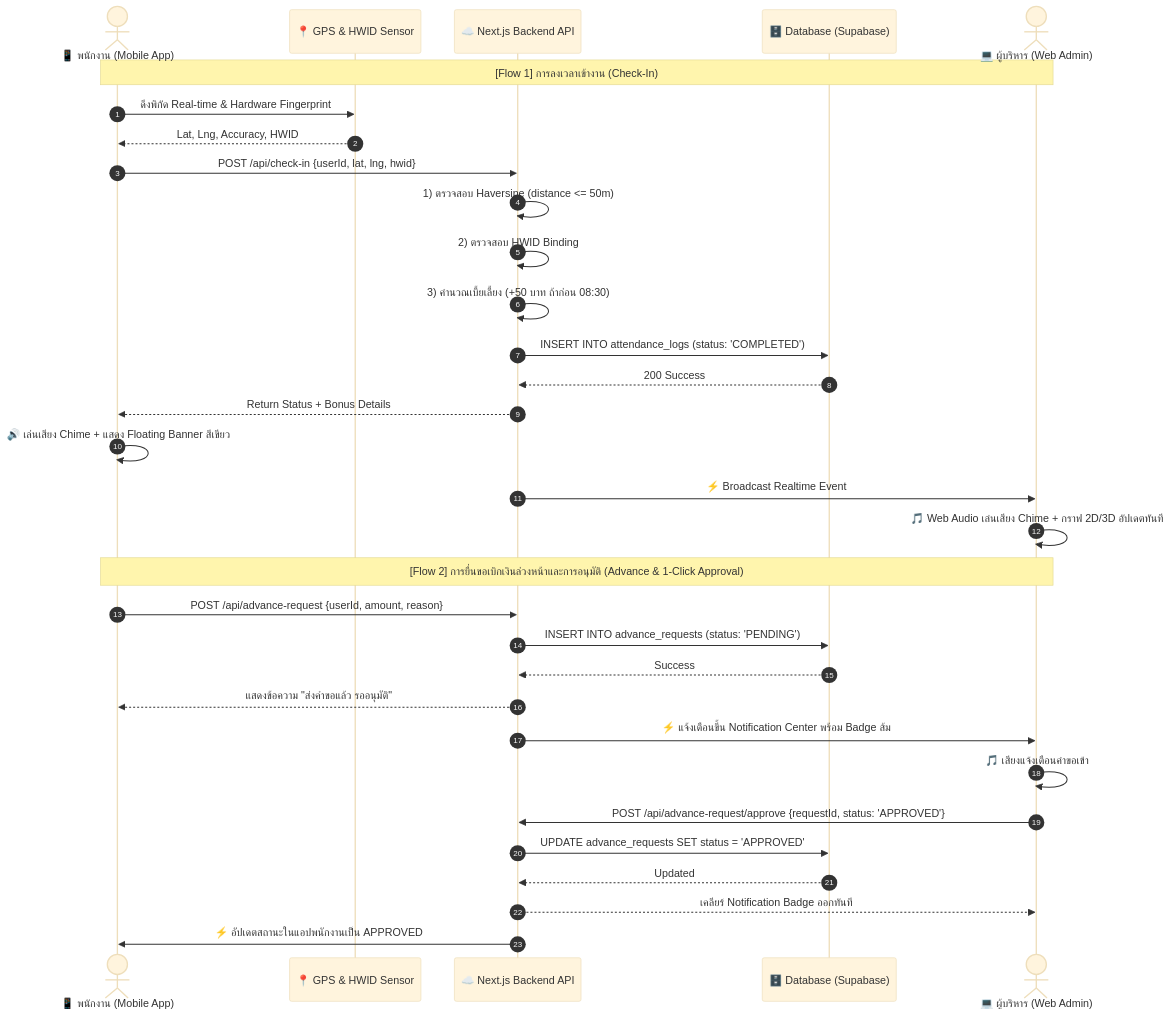
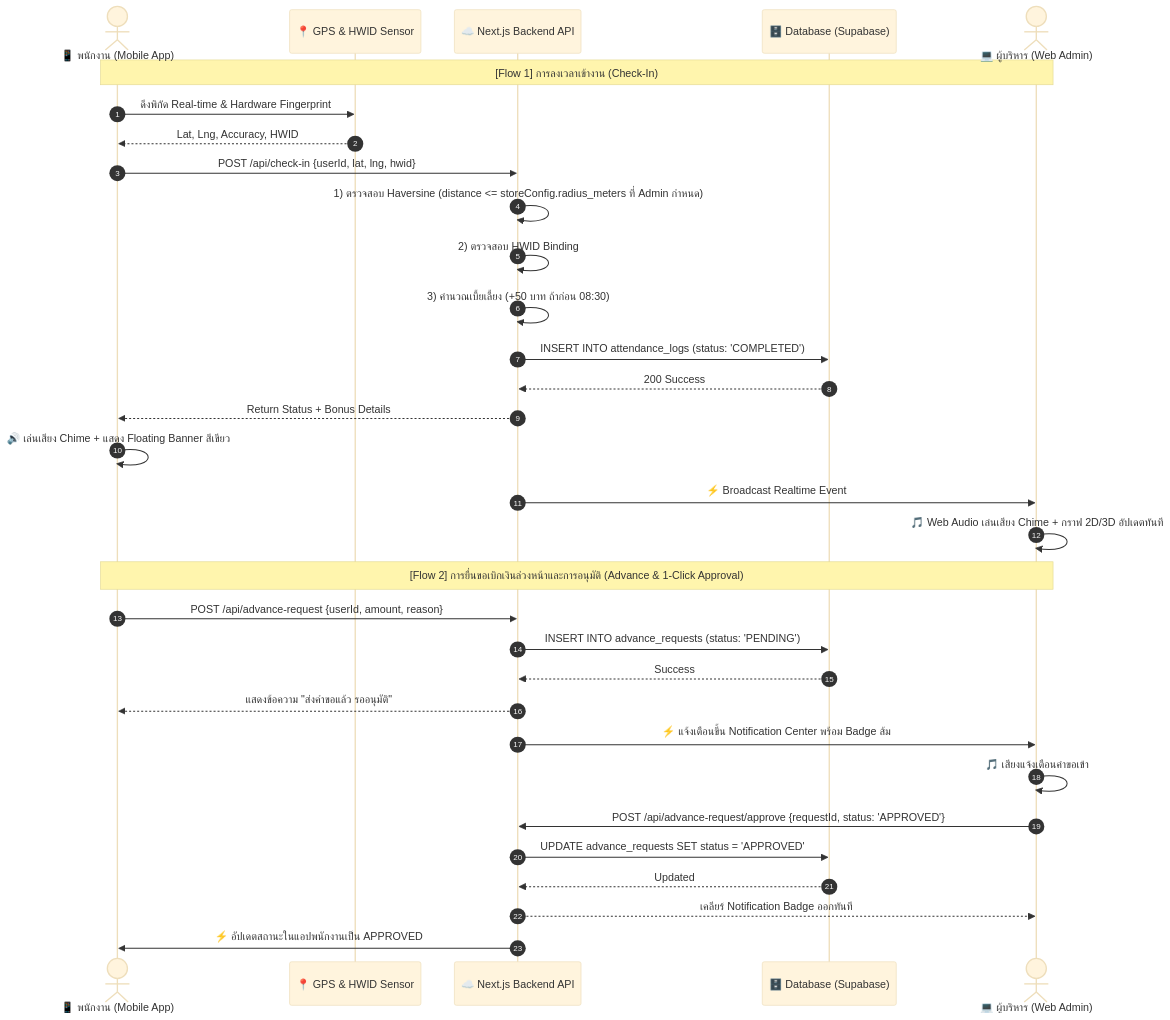
The first of 2 diagrams in SENIOR_DEV_SPEC.md (Lskram/CheckEmpolye), drawn with Mermaid (base theme) before and after one commit. The commit also changed other lines of this file and 2 other files, not shown here.

Commit message:
docs: clarify that employee geofence radius is dynamic based on admin store settings

````diff
--- a/SENIOR_DEV_SPEC.md
+++ b/SENIOR_DEV_SPEC.md
@@ -117,38 +118,38 @@
 ```mermaid
 sequenceDiagram
     autonumber
     actor Staff as 📱 พนักงาน (Mobile App)
     participant GPS as 📍 GPS & HWID Sensor
     participant API as ☁️ Next.js Backend API
     participant DB as 🗄️ Database (Supabase)
     actor Admin as 💻 ผู้บริหาร (Web Admin)
 
     %% Flow 1: Check-in
     Note over Staff, Admin: [Flow 1] การลงเวลาเข้างาน (Check-In)
     Staff->>GPS: ดึงพิกัด Real-time & Hardware Fingerprint
     GPS-->>Staff: Lat, Lng, Accuracy, HWID
     Staff->>API: POST /api/check-in {userId, lat, lng, hwid}
-    API->>API: 1) ตรวจสอบ Haversine (distance <= 50m)
+    API->>API: 1) ตรวจสอบ Haversine (distance <= storeConfig.radius_meters ที่ Admin กำหนด)
     API->>API: 2) ตรวจสอบ HWID Binding
     API->>API: 3) คำนวณเบี้ยเลี้ยง (+50 บาท ถ้าก่อน 08:30)
     API->>DB: INSERT INTO attendance_logs (status: 'COMPLETED')
     DB-->>API: 200 Success
     API-->>Staff: Return Status + Bonus Details
     Staff->>Staff: 🔊 เล่นเสียง Chime + แสดง Floating Banner สีเขียว
     API->>Admin: ⚡ Broadcast Realtime Event
     Admin->>Admin: 🎵 Web Audio เล่นเสียง Chime + กราฟ 2D/3D อัปเดตทันที
 
     %% Flow 2: Salary Advance
     Note over Staff, Admin: [Flow 2] การยื่นขอเบิกเงินล่วงหน้าและการอนุมัติ (Advance & 1-Click Approval)
     Staff->>API: POST /api/advance-request {userId, amount, reason}
     API->>DB: INSERT INTO advance_requests (status: 'PENDING')
     DB-->>API: Success
     API-->>Staff: แสดงข้อความ "ส่งคำขอแล้ว รออนุมัติ"
     API->>Admin: ⚡ แจ้งเตือนขึ้น Notification Center พร้อม Badge ส้ม
     Admin->>Admin: 🎵 เสียงแจ้งเตือนคำขอเข้า
     Admin->>API: POST /api/advance-request/approve {requestId, status: 'APPROVED'}
     API->>DB: UPDATE advance_requests SET status = 'APPROVED'
     DB-->>API: Updated
     API-->>Admin: เคลียร์ Notification Badge ออกทันที
     API->>Staff: ⚡ อัปเดตสถานะในแอปพนักงานเป็น APPROVED
 ```
````
